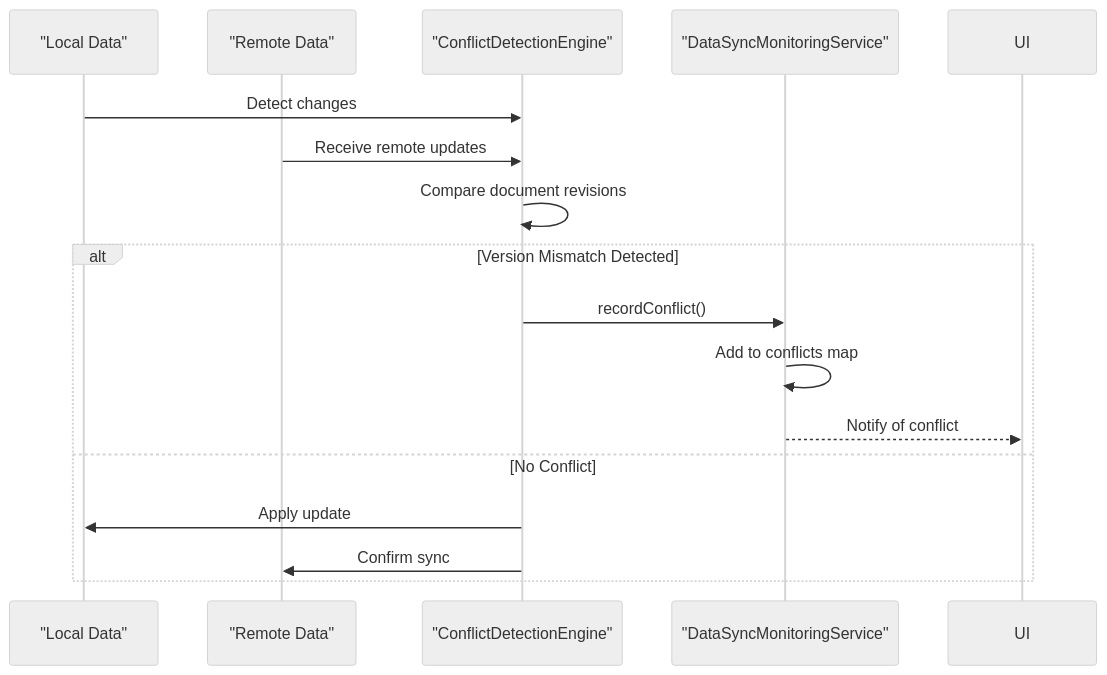
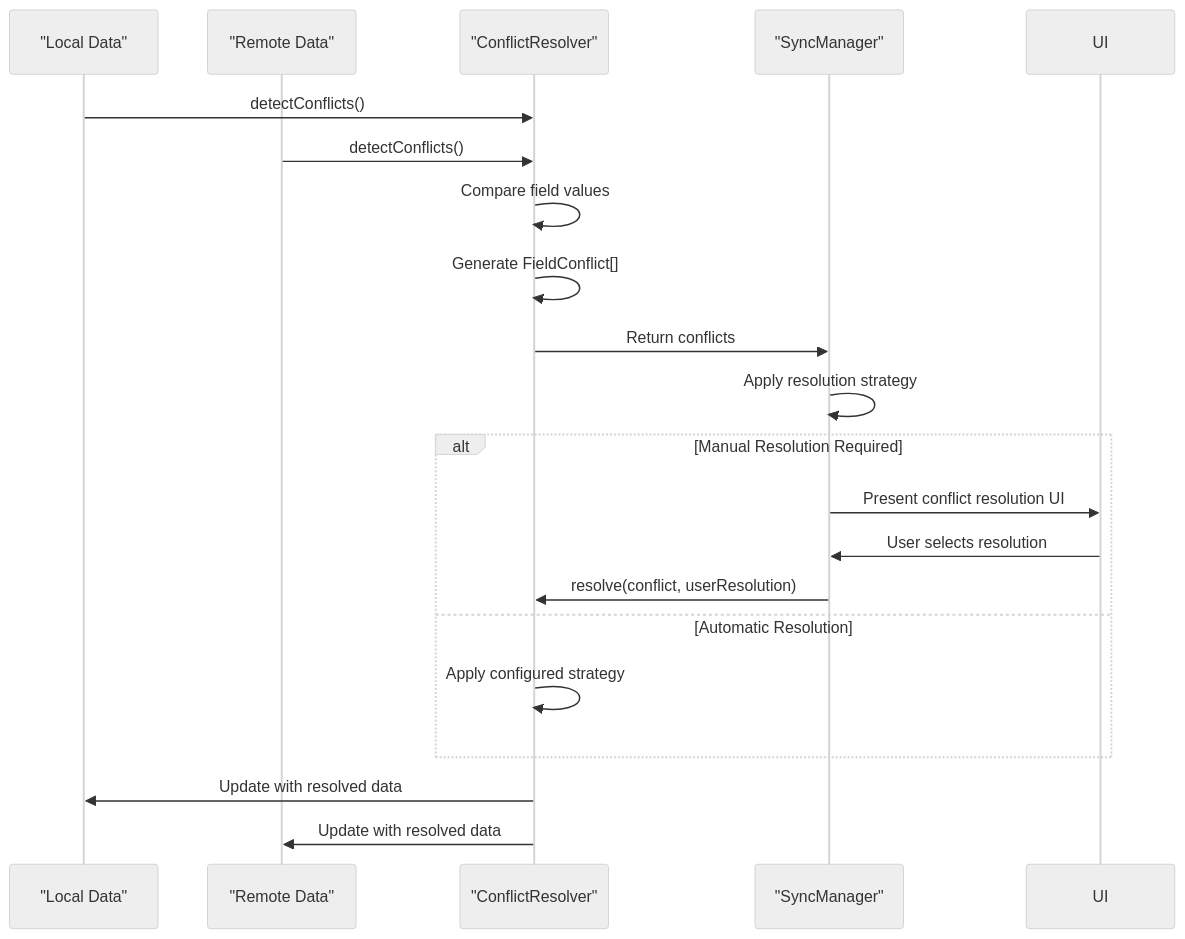
The seventh of 20 diagrams in .qoder/repowiki/en/content/Architecture Overview/Data Management Architecture/Data Synchronization Workflow/Data Synchronization Workflow.md (geniusdynamics/schoolpilot), drawn with Mermaid (neutral theme) before and after one commit. The commit also changed other lines of this file and 8 other files, not shown here.

````diff
--- a/.qoder/repowiki/en/content/Architecture Overview/Data Management Architecture/Data Synchronization Workflow/Data Synchronization Workflow.md
+++ b/.qoder/repowiki/en/content/Architecture Overview/Data Management Architecture/Data Synchronization Workflow/Data Synchronization Workflow.md
@@ -294,18 +324,22 @@
 ```mermaid
 sequenceDiagram
 participant Local as "Local Data"
 participant Remote as "Remote Data"
-participant Engine as "ConflictDetectionEngine"
-participant Monitor as "DataSyncMonitoringService"
-Local->>Engine : Detect changes
-Remote->>Engine : Receive remote updates
-Engine->>Engine : Compare document revisions
-alt Version Mismatch Detected
-Engine->>Monitor : recordConflict()
-Monitor->>Monitor : Add to conflicts map
-Monitor-->>UI : Notify of conflict
-else No Conflict
-Engine->>Local : Apply update
-Engine->>Remote : Confirm sync
+participant ConflictResolver as "ConflictResolver"
+participant SyncManager as "SyncManager"
+Local->>ConflictResolver : detectConflicts()
+Remote->>ConflictResolver : detectConflicts()
+ConflictResolver->>ConflictResolver : Compare field values
+ConflictResolver->>ConflictResolver : Generate FieldConflict[]
+ConflictResolver->>SyncManager : Return conflicts
+SyncManager->>SyncManager : Apply resolution strategy
+alt Manual Resolution Required
+SyncManager->>UI : Present conflict resolution UI
+UI->>SyncManager : User selects resolution
+SyncManager->>ConflictResolver : resolve(conflict, userResolution)
+else Automatic Resolution
+ConflictResolver->>ConflictResolver : Apply configured strategy
 end
+ConflictResolver->>Local : Update with resolved data
+ConflictResolver->>Remote : Update with resolved data
 ```
````
